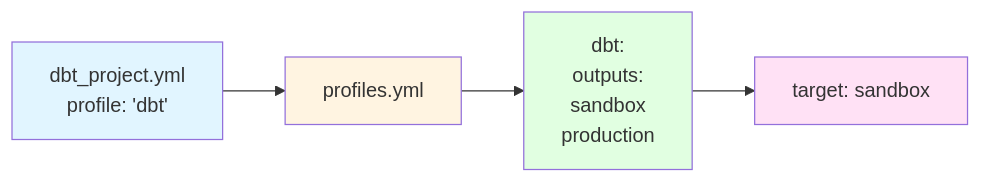
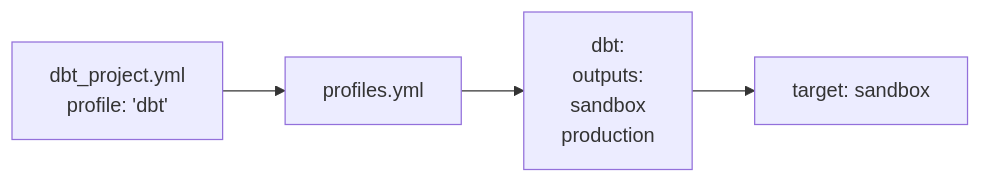
Before and after one commit to 1210yuichi0/1210yuichi0.github.io: the second of 5 diagrams in content/Tech/dbt/categories/project-basic-config.md, drawn with Mermaid. The commit also changed other lines of this file and 22 other files, not shown here.

First line of the commit message:
style: remove Mermaid style directives for dark mode compatibility

````diff
--- a/content/Tech/dbt/categories/project-basic-config.md
+++ b/content/Tech/dbt/categories/project-basic-config.md
@@ -218,11 +203,7 @@
 ```mermaid
 graph LR
     DbtProject[dbt_project.yml<br/>profile: 'dbt'] --> ProfilesYml[profiles.yml]
     ProfilesYml --> Profile1[dbt:<br/>outputs:<br/>  sandbox<br/>  production]
     Profile1 --> Target1[target: sandbox]
 
-    style DbtProject fill:#e1f5ff
-    style ProfilesYml fill:#fff4e1
-    style Profile1 fill:#e1ffe1
-    style Target1 fill:#ffe1f5
 ```
````
